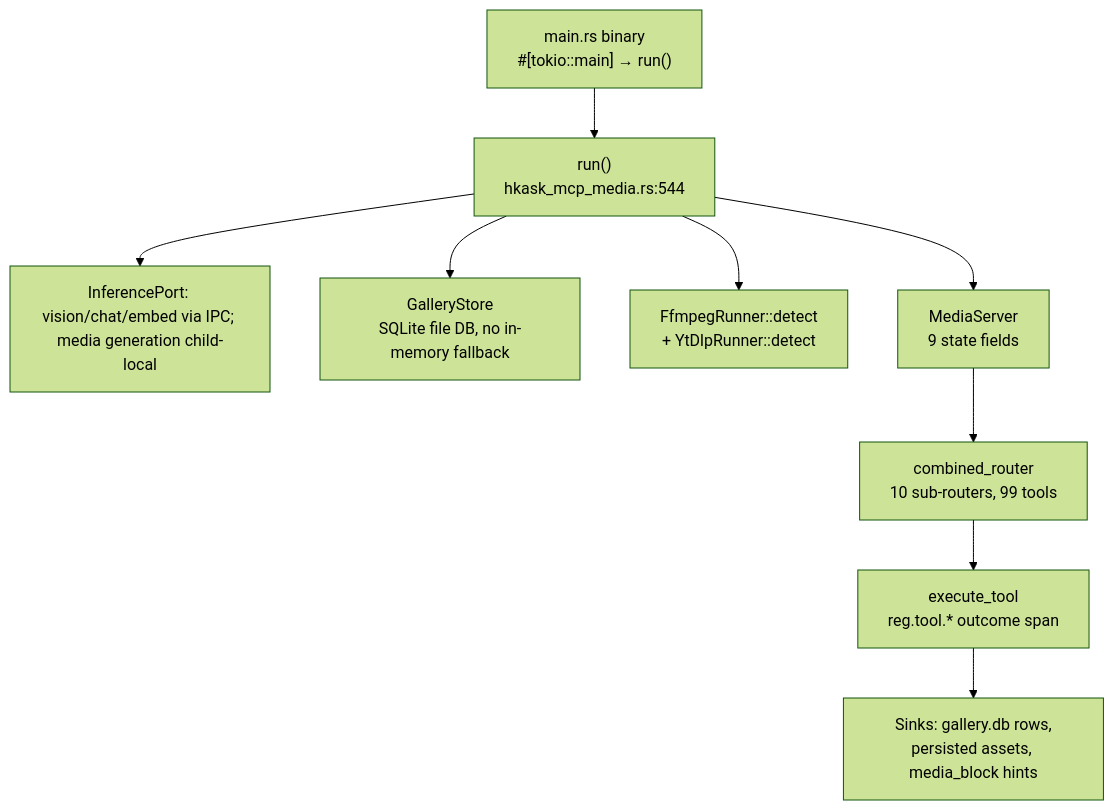
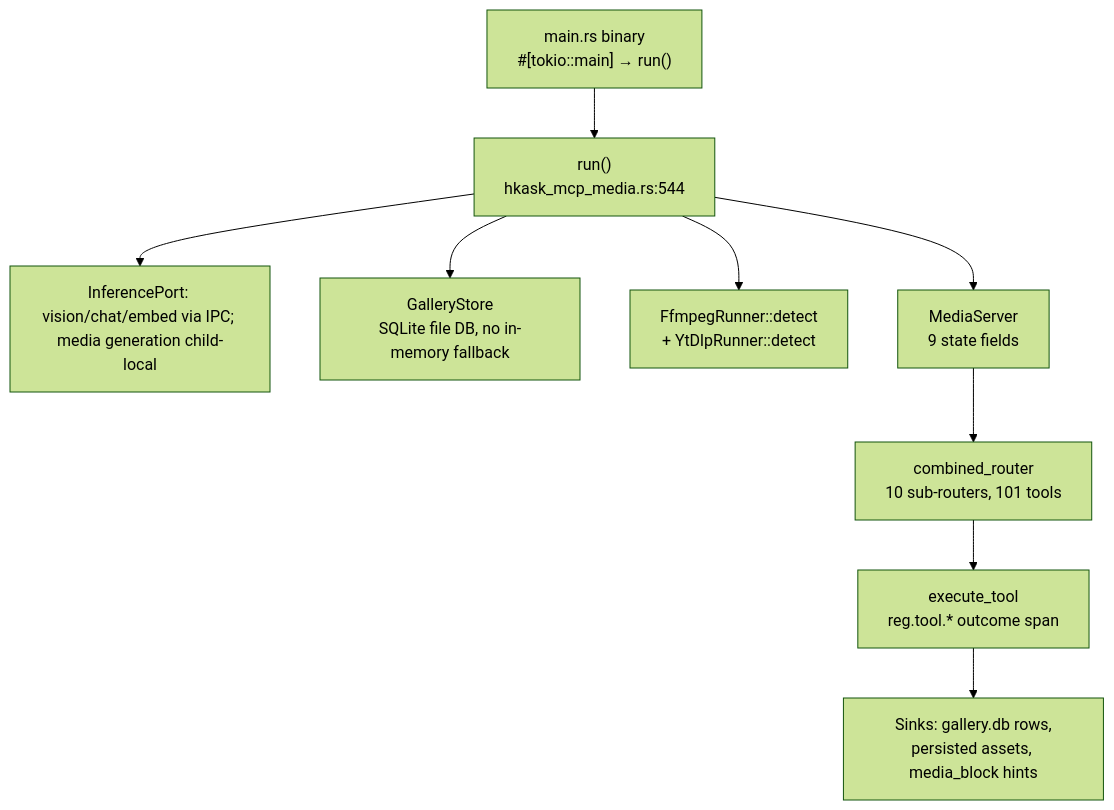
Before and after one commit to mdz-axo/zed-kask: the diagram in kask/docs/reference/mcp-servers/media.md, drawn with Mermaid (forest theme). The commit also changed other lines of this file and 20 other files, not shown here.

````diff
--- a/kask/docs/reference/mcp-servers/media.md
+++ b/kask/docs/reference/mcp-servers/media.md
@@ -23,21 +23,21 @@
 ```mermaid
 flowchart TD
     binary["main.rs binary<br/>#[tokio::main] → run()"]
     run["run()<br/>hkask_mcp_media.rs:544"]
     port["InferencePort: vision/chat/embed via IPC; media generation child-local"]
     db["GalleryStore<br/>SQLite file DB, no in-memory fallback"]
     ffmpeg["FfmpegRunner::detect<br/>+ YtDlpRunner::detect"]
     server["MediaServer<br/>9 state fields"]
-    router["combined_router<br/>10 sub-routers, 99 tools"]
+    router["combined_router<br/>10 sub-routers, 101 tools"]
     dispatch["execute_tool<br/>reg.tool.* outcome span"]
     sinks["Sinks: gallery.db rows,<br/>persisted assets, media_block hints"]
 
     binary --> run
     run --> port
     run --> db
     run --> ffmpeg
     run --> server
     server --> router
     router --> dispatch
     dispatch --> sinks
 ```
````
